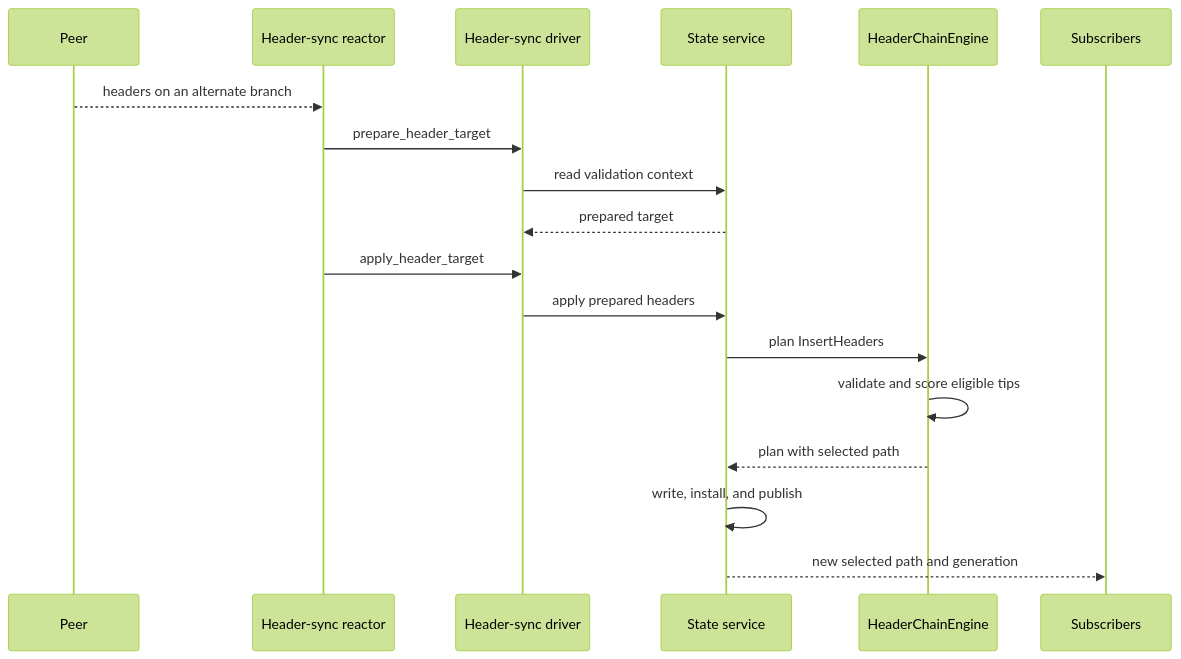
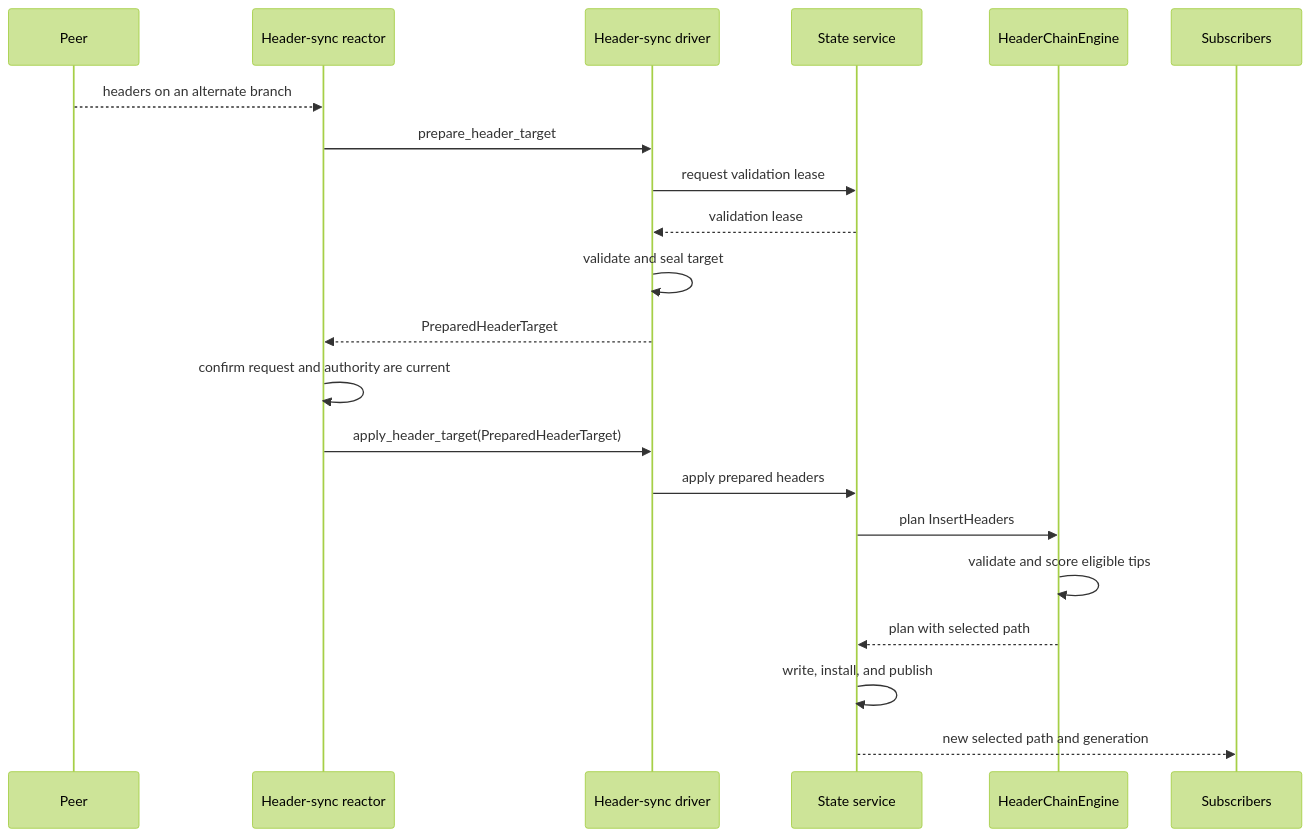
The third of 4 diagrams in docs/design/headerchain/production_code_header-chain.md (zakura-core/zakura), drawn with Mermaid (forest theme) before and after one commit. The commit also changed other lines of this file, not shown here.

Commit message:
docs(header-chain): clarify inputs and transition flows

````diff
--- a/docs/design/headerchain/production_code_header-chain.md
+++ b/docs/design/headerchain/production_code_header-chain.md
@@ -144,21 +160,24 @@
 ```mermaid
 sequenceDiagram
   participant P as Peer
   participant N as Header-sync reactor
   participant D as Header-sync driver
   participant S as State service
   participant E as HeaderChainEngine
   participant O as Subscribers
 
   P-->>N: headers on an alternate branch
   N->>D: prepare_header_target
-  D->>S: read validation context
-  S-->>D: prepared target
-  N->>D: apply_header_target
+  D->>S: request validation lease
+  S-->>D: validation lease
+  D->>D: validate and seal target
+  D-->>N: PreparedHeaderTarget
+  N->>N: confirm request and authority are current
+  N->>D: apply_header_target(PreparedHeaderTarget)
   D->>S: apply prepared headers
   S->>E: plan InsertHeaders
   E->>E: validate and score eligible tips
   E-->>S: plan with selected path
   S->>S: write, install, and publish
   S-->>O: new selected path and generation
 ```
````
